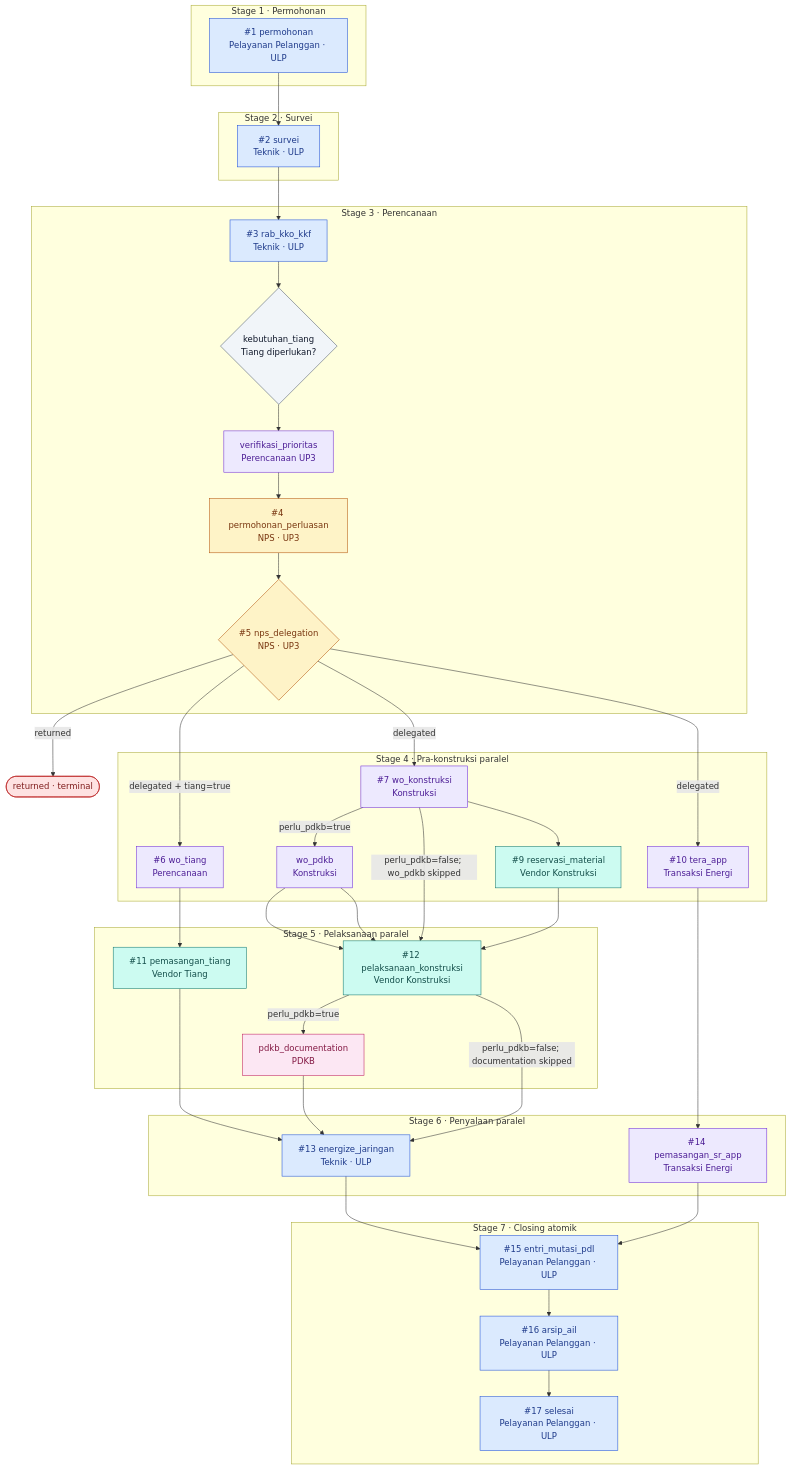
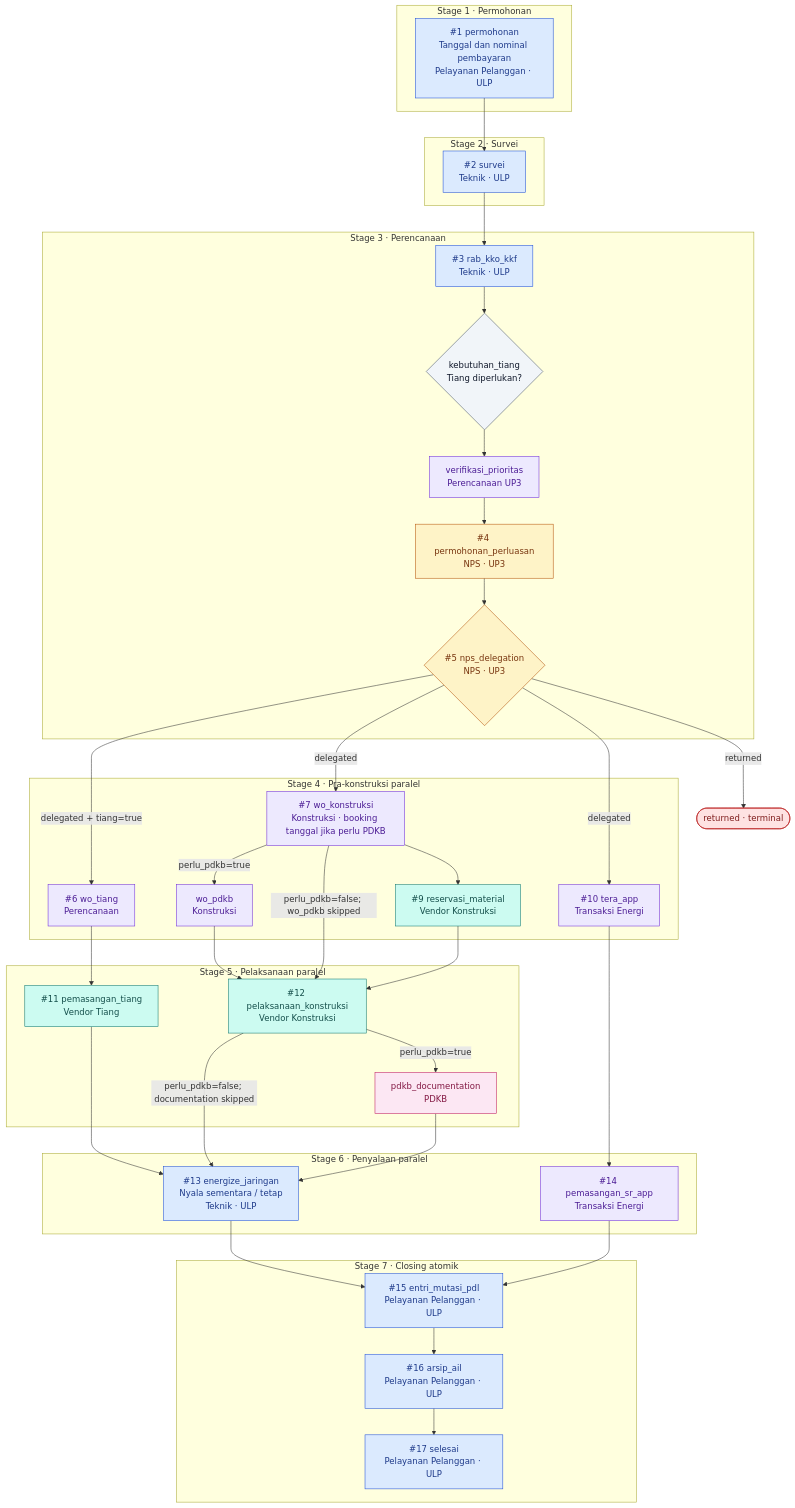
Before and after one commit to pln-colabora/colabora-be: the diagram in docs/architecture/diagrams/01-workflow-jtr-jtm.md, drawn with Mermaid. The commit also changed other lines of this file and 12 other files, not shown here.

Commit message:
docs: synchronize architecture flowcharts with current workflow

````diff
--- a/docs/architecture/diagrams/01-workflow-jtr-jtm.md
+++ b/docs/architecture/diagrams/01-workflow-jtr-jtm.md
@@ -9,74 +10,73 @@
 ```mermaid
 flowchart TD
   classDef ulp fill:#dbeafe,stroke:#1d4ed8,color:#1e3a8a
   classDef up3 fill:#ede9fe,stroke:#6d28d9,color:#4c1d95
   classDef nps fill:#fef3c7,stroke:#b45309,color:#78350f
   classDef vendor fill:#ccfbf1,stroke:#0f766e,color:#134e4a
   classDef pdkb fill:#fce7f3,stroke:#be185d,color:#831843
   classDef decision fill:#f1f5f9,stroke:#475569,color:#0f172a
   classDef terminal fill:#fee2e2,stroke:#b91c1c,color:#7f1d1d
 
   subgraph S1["Stage 1 · Permohonan"]
-    permohonan["#1 permohonan<br/>Pelayanan Pelanggan · ULP"]
+    permohonan["#1 permohonan<br/>Tanggal dan nominal pembayaran<br/>Pelayanan Pelanggan · ULP"]
   end
   subgraph S2["Stage 2 · Survei"]
     survei["#2 survei<br/>Teknik · ULP"]
   end
   subgraph S3["Stage 3 · Perencanaan"]
     rab_kko_kkf["#3 rab_kko_kkf<br/>Teknik · ULP"]
     kebutuhan_tiang{"kebutuhan_tiang<br/>Tiang diperlukan?"}
     verifikasi_prioritas["verifikasi_prioritas<br/>Perencanaan UP3"]
     permohonan_perluasan["#4 permohonan_perluasan<br/>NPS · UP3"]
     nps_delegation{"#5 nps_delegation<br/>NPS · UP3"}
   end
   subgraph S4["Stage 4 · Pra-konstruksi paralel"]
     wo_tiang["#6 wo_tiang<br/>Perencanaan"]
-    wo_konstruksi["#7 wo_konstruksi<br/>Konstruksi"]
+    wo_konstruksi["#7 wo_konstruksi<br/>Konstruksi · booking tanggal jika perlu PDKB"]
     wo_pdkb["wo_pdkb<br/>Konstruksi"]
     reservasi_material["#9 reservasi_material<br/>Vendor Konstruksi"]
     tera_app["#10 tera_app<br/>Transaksi Energi"]
   end
   subgraph S5["Stage 5 · Pelaksanaan paralel"]
     pemasangan_tiang["#11 pemasangan_tiang<br/>Vendor Tiang"]
     pelaksanaan_konstruksi["#12 pelaksanaan_konstruksi<br/>Vendor Konstruksi"]
     pdkb_documentation["pdkb_documentation<br/>PDKB"]
   end
   subgraph S6["Stage 6 · Penyalaan paralel"]
-    energize_jaringan["#13 energize_jaringan<br/>Teknik · ULP"]
+    energize_jaringan["#13 energize_jaringan<br/>Nyala sementara / tetap<br/>Teknik · ULP"]
     pemasangan_sr_app["#14 pemasangan_sr_app<br/>Transaksi Energi"]
   end
   subgraph S7["Stage 7 · Closing atomik"]
     entri_mutasi_pdl["#15 entri_mutasi_pdl<br/>Pelayanan Pelanggan · ULP"]
     arsip_ail["#16 arsip_ail<br/>Pelayanan Pelanggan · ULP"]
     selesai["#17 selesai<br/>Pelayanan Pelanggan · ULP"]
   end
   returned(["returned · terminal"])
 
   permohonan --> survei --> rab_kko_kkf --> kebutuhan_tiang --> verifikasi_prioritas --> permohonan_perluasan --> nps_delegation
   nps_delegation -->|returned| returned
   nps_delegation -->|delegated + tiang=true| wo_tiang
   nps_delegation -->|delegated| wo_konstruksi
   nps_delegation -->|delegated| tera_app
   wo_tiang --> pemasangan_tiang
   wo_konstruksi -->|perlu_pdkb=true| wo_pdkb --> pelaksanaan_konstruksi
   wo_konstruksi -->|perlu_pdkb=false; wo_pdkb skipped| pelaksanaan_konstruksi
-  wo_pdkb --> pelaksanaan_konstruksi
   wo_konstruksi --> reservasi_material --> pelaksanaan_konstruksi
   pemasangan_tiang --> energize_jaringan
   pelaksanaan_konstruksi -->|perlu_pdkb=true| pdkb_documentation
   pelaksanaan_konstruksi -->|perlu_pdkb=false; documentation skipped| energize_jaringan
   pdkb_documentation --> energize_jaringan
   tera_app --> pemasangan_sr_app
   energize_jaringan --> entri_mutasi_pdl
   pemasangan_sr_app --> entri_mutasi_pdl
   entri_mutasi_pdl --> arsip_ail --> selesai
 
   class permohonan,survei,rab_kko_kkf,energize_jaringan,entri_mutasi_pdl,arsip_ail,selesai ulp
   class wo_tiang,wo_konstruksi,wo_pdkb,tera_app,verifikasi_prioritas,pemasangan_sr_app up3
   class reservasi_material vendor
   class permohonan_perluasan,nps_delegation nps
   class pemasangan_tiang,pelaksanaan_konstruksi vendor
   class pdkb_documentation pdkb
   class kebutuhan_tiang decision
   class returned terminal
 ```
````
